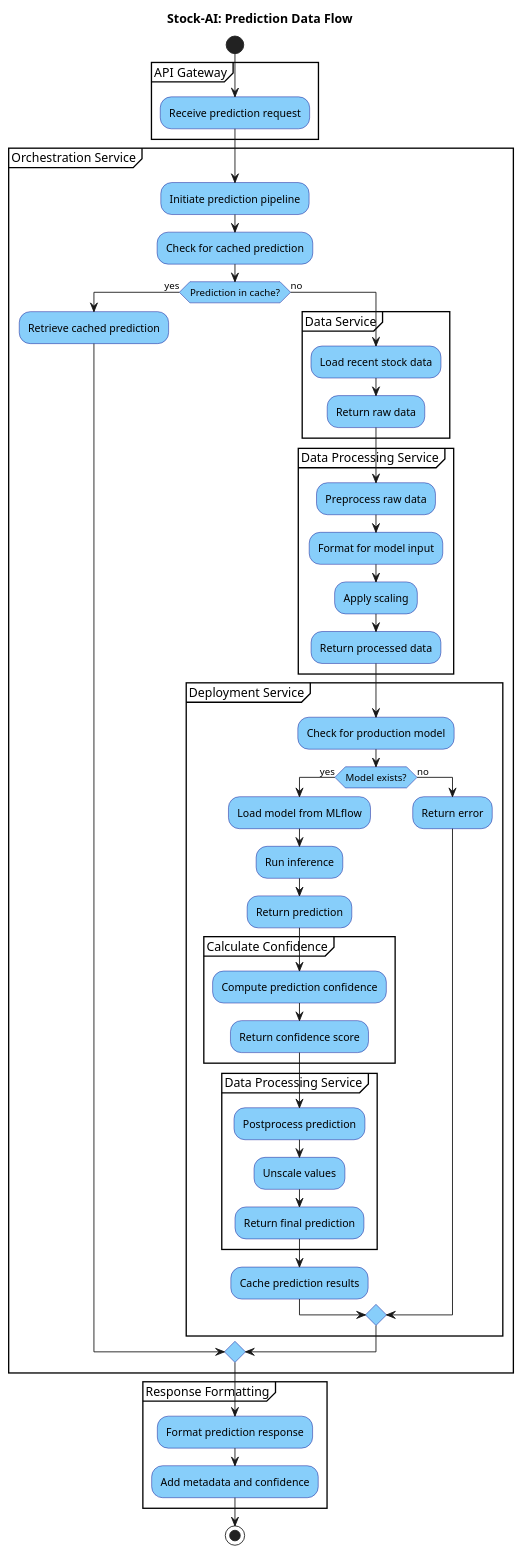
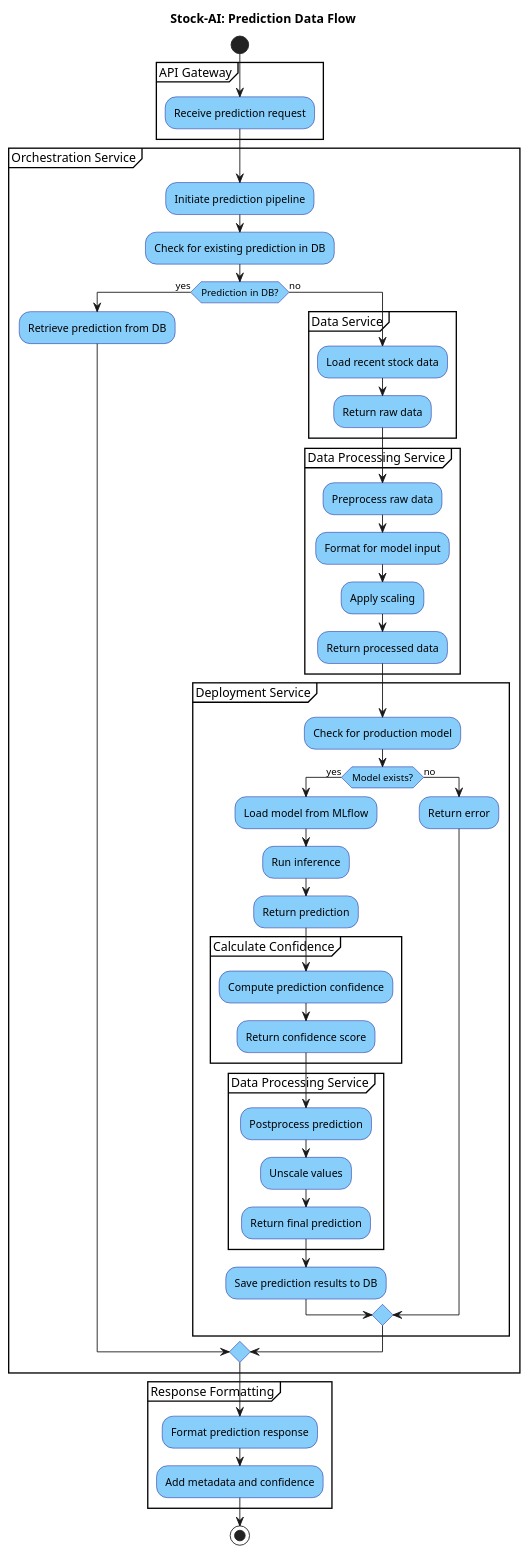
One commit to LOG795-PFE031/stock-ai_pfe031 changed the diagram in docs/Data_Flow_Prediction.puml. Above: the diagram before and after it, drawn with PlantUML. The commit also changed 2 other files, not shown here.

Commit message:
Refactor data flow and architecture diagrams to improve clarity and update service interactions

```diff
--- a/docs/Data_Flow_Prediction.puml
+++ b/docs/Data_Flow_Prediction.puml
@@ -1,69 +1,69 @@
 @startuml Data_Flow_Prediction
 
 title Stock-AI: Prediction Data Flow
 
 skinparam activity {
   BackgroundColor LightSkyBlue
   BorderColor DarkBlue
 }
 
 start
 
 partition "API Gateway" {
   :Receive prediction request;
 }
 
 partition "Orchestration Service" {
   :Initiate prediction pipeline;
-  :Check for cached prediction;
+  :Check for existing prediction in DB;
   
-  if (Prediction in cache?) then (yes)
-    :Retrieve cached prediction;
+  if (Prediction in DB?) then (yes)
+    :Retrieve prediction from DB;
   else (no)
     partition "Data Service" {
       :Load recent stock data;
       :Return raw data;
     }
     
     partition "Data Processing Service" {
       :Preprocess raw data;
       :Format for model input;
       :Apply scaling;
       :Return processed data;
     }
     
     partition "Deployment Service" {
       :Check for production model;
       
       if (Model exists?) then (yes)
         :Load model from MLflow;
         :Run inference;
         :Return prediction;
         
         partition "Calculate Confidence" {
           :Compute prediction confidence;
           :Return confidence score;
         }
         
         partition "Data Processing Service" {
           :Postprocess prediction;
           :Unscale values;
           :Return final prediction;
         }
         
-        :Cache prediction results;
+        :Save prediction results to DB;
       else (no)
         :Return error;
       endif
     }
   endif
 }
 
 partition "Response Formatting" {
   :Format prediction response;
   :Add metadata and confidence;
 }
 
 stop
 
 @enduml
```
